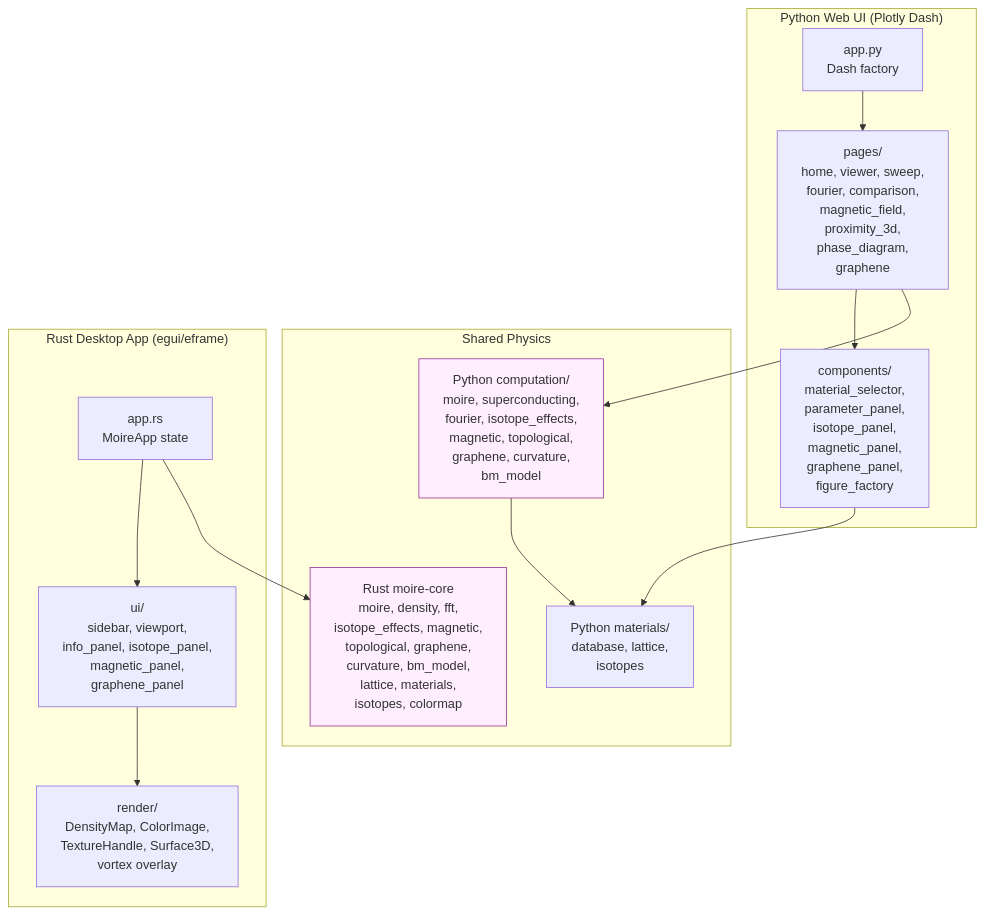
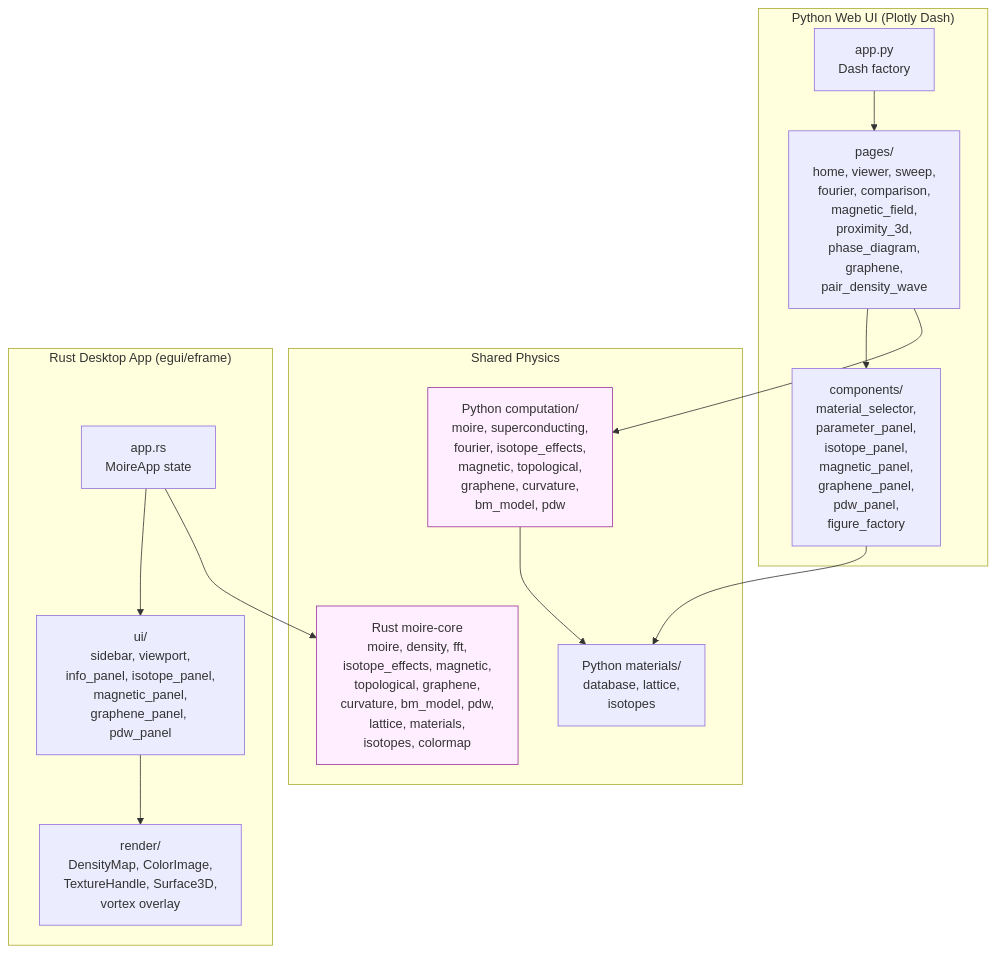
Before and after one commit to sonoransun/waytogocoop: diagram 15 of 15 in README.md, drawn with Mermaid. The commit also changed other lines of this file and 95 other files, not shown here.

````diff
--- a/README.md
+++ b/README.md
@@ -1091,34 +1162,34 @@
 ```mermaid
 graph TB
     subgraph "Python Web UI (Plotly Dash)"
         APP[app.py<br/>Dash factory]
-        PAGES[pages/<br/>home, viewer, sweep,<br/>fourier, comparison,<br/>magnetic_field,<br/>proximity_3d,<br/>phase_diagram,<br/>graphene]
-        COMP[components/<br/>material_selector,<br/>parameter_panel,<br/>isotope_panel,<br/>magnetic_panel,<br/>graphene_panel,<br/>figure_factory]
+        PAGES[pages/<br/>home, viewer, sweep,<br/>fourier, comparison,<br/>magnetic_field,<br/>proximity_3d,<br/>phase_diagram,<br/>graphene,<br/>pair_density_wave]
+        COMP[components/<br/>material_selector,<br/>parameter_panel,<br/>isotope_panel,<br/>magnetic_panel,<br/>graphene_panel,<br/>pdw_panel,<br/>figure_factory]
 
         APP --> PAGES
         PAGES --> COMP
     end
 
     subgraph "Shared Physics"
-        PYCOMP[Python computation/<br/>moire, superconducting,<br/>fourier, isotope_effects,<br/>magnetic, topological,<br/>graphene, curvature,<br/>bm_model]
+        PYCOMP[Python computation/<br/>moire, superconducting,<br/>fourier, isotope_effects,<br/>magnetic, topological,<br/>graphene, curvature,<br/>bm_model, pdw]
         PYMAT[Python materials/<br/>database, lattice,<br/>isotopes]
-        RSCORE[Rust moire-core<br/>moire, density, fft,<br/>isotope_effects, magnetic,<br/>topological, graphene,<br/>curvature, bm_model,<br/>lattice, materials,<br/>isotopes, colormap]
+        RSCORE[Rust moire-core<br/>moire, density, fft,<br/>isotope_effects, magnetic,<br/>topological, graphene,<br/>curvature, bm_model, pdw,<br/>lattice, materials,<br/>isotopes, colormap]
     end
 
     subgraph "Rust Desktop App (egui/eframe)"
         RSAPP[app.rs<br/>MoireApp state]
-        RSUI[ui/<br/>sidebar, viewport,<br/>info_panel, isotope_panel,<br/>magnetic_panel,<br/>graphene_panel]
+        RSUI[ui/<br/>sidebar, viewport,<br/>info_panel, isotope_panel,<br/>magnetic_panel,<br/>graphene_panel, pdw_panel]
         RSRENDER[render/<br/>DensityMap, ColorImage,<br/>TextureHandle, Surface3D,<br/>vortex overlay]
 
         RSAPP --> RSUI
         RSUI --> RSRENDER
     end
 
     PAGES --> PYCOMP
     COMP --> PYMAT
     PYCOMP --> PYMAT
     RSAPP --> RSCORE
 
     style PYCOMP fill:#fef,stroke:#939
     style RSCORE fill:#fef,stroke:#939
 ```
````
